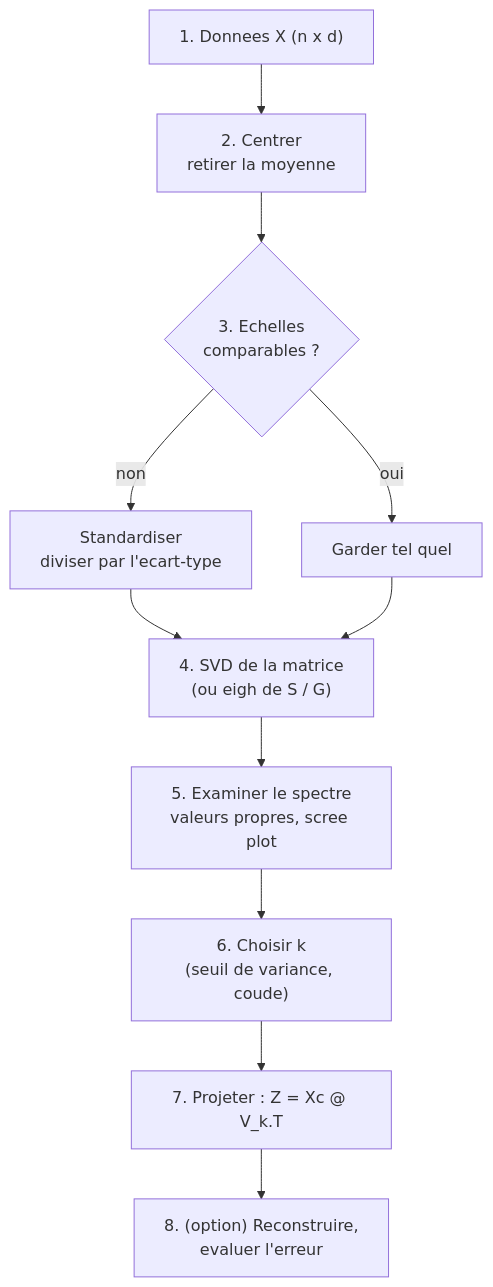
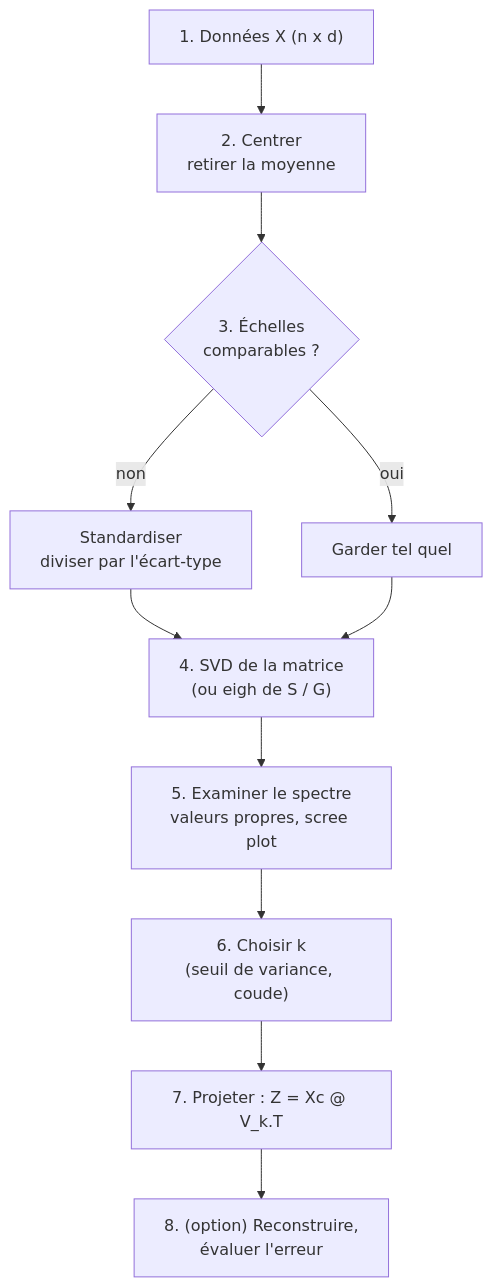
The second of 3 diagrams in chapitres/10-reduction-de-dimension-acp.md (tanguychenier/Mathematiques-pour-le-Machine-Learning), drawn with Mermaid before and after one commit. The commit also changed other lines of this file and 7 other files, not shown here.

````diff
--- a/chapitres/10-reduction-de-dimension-acp.md
+++ b/chapitres/10-reduction-de-dimension-acp.md
@@ -593,13 +593,13 @@
 ```mermaid
 flowchart TD
-    A["1. Donnees X (n x d)"] --> B["2. Centrer<br/>retirer la moyenne"]
-    B --> C{"3. Echelles<br/>comparables ?"}
-    C -->|non| D["Standardiser<br/>diviser par l'ecart-type"]
+    A["1. Données X (n x d)"] --> B["2. Centrer<br/>retirer la moyenne"]
+    B --> C{"3. Échelles<br/>comparables ?"}
+    C -->|non| D["Standardiser<br/>diviser par l'écart-type"]
     C -->|oui| E["Garder tel quel"]
     D --> F["4. SVD de la matrice<br/>(ou eigh de S / G)"]
     E --> F
     F --> G["5. Examiner le spectre<br/>valeurs propres, scree plot"]
     G --> H["6. Choisir k<br/>(seuil de variance, coude)"]
     H --> I["7. Projeter : Z = Xc @ V_k.T"]
-    I --> J["8. (option) Reconstruire,<br/>evaluer l'erreur"]
+    I --> J["8. (option) Reconstruire,<br/>évaluer l'erreur"]
 ```
````
